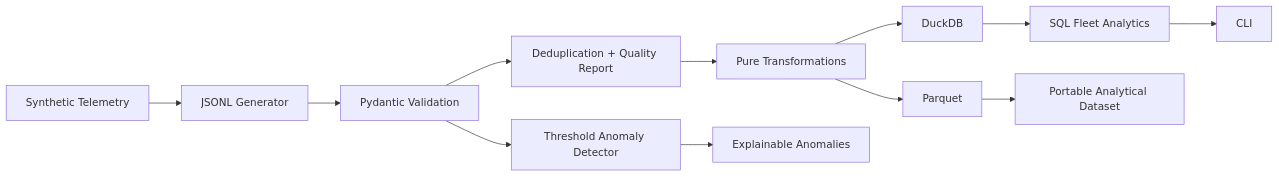
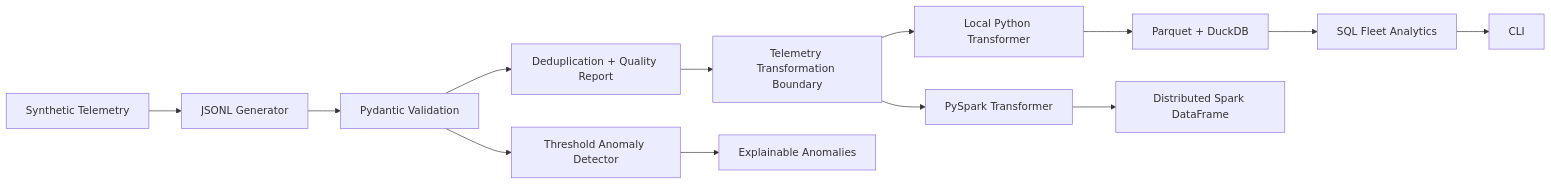
One commit to AmirHosseinAlikhahMishamandani/orbitops-data-lab changed the diagram in README.md. Above: the diagram before and after it, drawn with Mermaid. The commit also changed other lines of this file and 5 other files, not shown here.

````diff
--- a/README.md
+++ b/README.md
@@ -22,14 +29,15 @@
 ```mermaid
 flowchart LR
     A[Synthetic Telemetry] --> B[JSONL Generator]
     B --> C[Pydantic Validation]
     C --> D[Deduplication + Quality Report]
-    D --> E[Pure Transformations]
-    E --> F[Parquet]
-    E --> G[DuckDB]
+    D --> E[Telemetry Transformation Boundary]
+    E --> F[Local Python Transformer]
+    E --> S[PySpark Transformer]
+    F --> G[Parquet + DuckDB]
+    S --> T[Distributed Spark DataFrame]
     C --> H[Threshold Anomaly Detector]
     G --> I[SQL Fleet Analytics]
-    F --> J[Portable Analytical Dataset]
     H --> K[Explainable Anomalies]
     I --> L[CLI]
 ```
````
